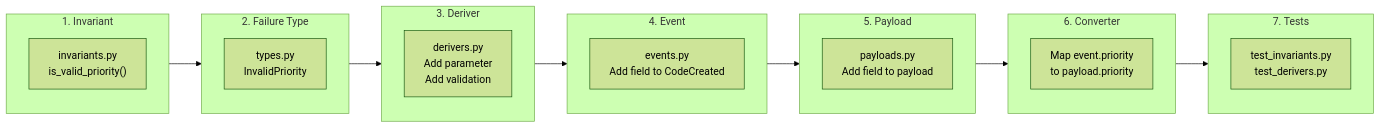
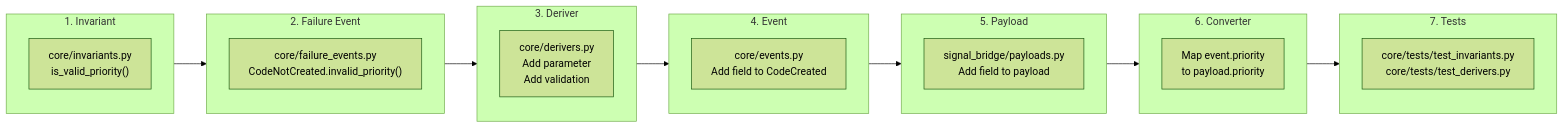
One commit to scope-impact/QualCoder-v2 changed the fourth of 4 diagrams in docs/tutorials/07-complete-flow.md. Above: the diagram before and after it, drawn with Mermaid (forest theme). The commit also changed other lines of this file and 13 other files, not shown here.

````diff
--- a/docs/tutorials/07-complete-flow.md
+++ b/docs/tutorials/07-complete-flow.md
@@ -188,32 +190,32 @@
 ```mermaid
 flowchart LR
     subgraph Step1 ["1. Invariant"]
-        I["invariants.py<br/>is_valid_priority()"]
+        I["core/invariants.py<br/>is_valid_priority()"]
     end
 
-    subgraph Step2 ["2. Failure Type"]
-        F["types.py<br/>InvalidPriority"]
+    subgraph Step2 ["2. Failure Event"]
+        F["core/failure_events.py<br/>CodeNotCreated.invalid_priority()"]
     end
 
     subgraph Step3 ["3. Deriver"]
-        D["derivers.py<br/>Add parameter<br/>Add validation"]
+        D["core/derivers.py<br/>Add parameter<br/>Add validation"]
     end
 
     subgraph Step4 ["4. Event"]
-        E["events.py<br/>Add field to CodeCreated"]
+        E["core/events.py<br/>Add field to CodeCreated"]
     end
 
     subgraph Step5 ["5. Payload"]
-        P["payloads.py<br/>Add field to payload"]
+        P["signal_bridge/payloads.py<br/>Add field to payload"]
     end
 
     subgraph Step6 ["6. Converter"]
         C["Map event.priority<br/>to payload.priority"]
     end
 
     subgraph Step7 ["7. Tests"]
-        T["test_invariants.py<br/>test_derivers.py"]
+        T["core/tests/test_invariants.py<br/>core/tests/test_derivers.py"]
     end
 
     Step1 --> Step2 --> Step3 --> Step4 --> Step5 --> Step6 --> Step7
 ```
````
